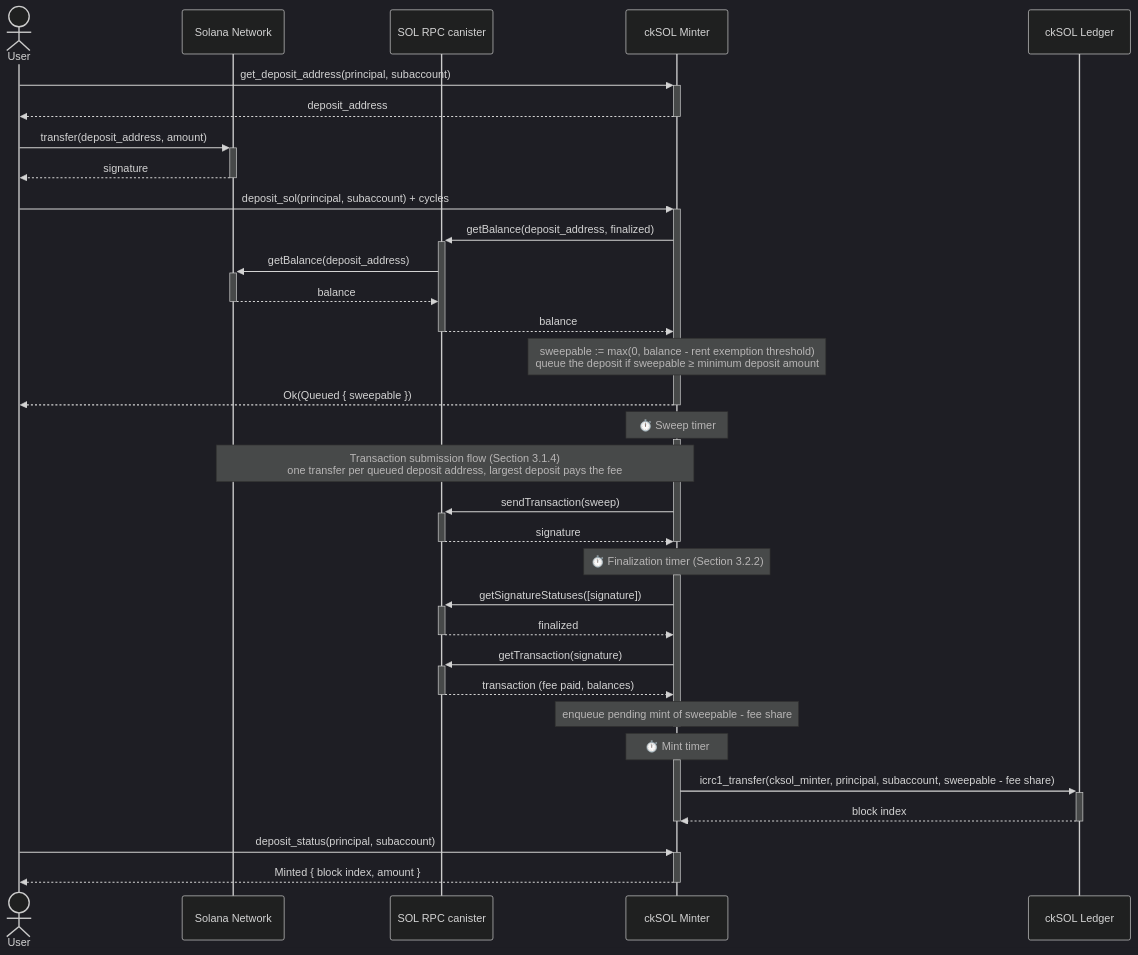
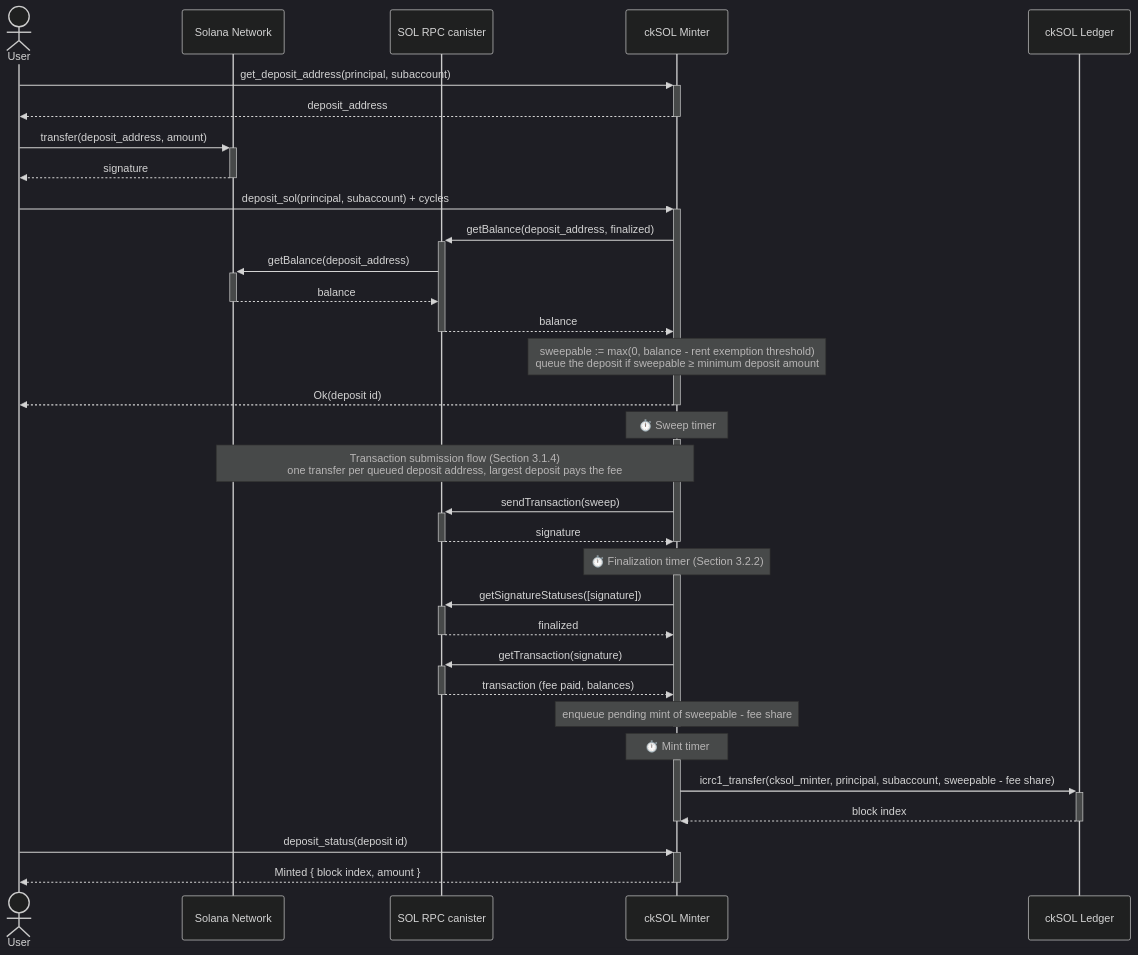
One commit to dfinity/cksol changed the third of 7 diagrams in docs/design.md. Above: the diagram before and after it, drawn with Mermaid (dark theme). The commit also changed other lines of this file, not shown here.

Commit message:
docs(design): identify balance deposits by an id returned by deposit_sol

````diff
--- a/docs/design.md
+++ b/docs/design.md
@@ -305,45 +305,45 @@
 ```mermaid
 sequenceDiagram
     actor User
     participant Solana as Solana Network
     participant RPC as SOL RPC canister
     participant Minter as ckSOL Minter
     participant Ledger as ckSOL Ledger
 
     User->>+Minter: get_deposit_address(principal, subaccount)
     Minter-->>-User: deposit_address
     User->>+Solana: transfer(deposit_address, amount)
     Solana-->>-User: signature
     User->>+Minter: deposit_sol(principal, subaccount) + cycles
     Minter->>+RPC: getBalance(deposit_address, finalized)
     RPC->>+Solana: getBalance(deposit_address)
     Solana-->>-RPC: balance
     RPC-->>-Minter: balance
     Note over Minter: sweepable := max(0, balance - rent exemption threshold)<br/>queue the deposit if sweepable ≥ minimum deposit amount
-    Minter-->>-User: Ok(Queued { sweepable })
+    Minter-->>-User: Ok(deposit id)
 
     Note over Minter: ⏱️ Sweep timer
     activate Minter
     Note over Solana,Minter: Transaction submission flow (Section 3.1.4)<br/>one transfer per queued deposit address, largest deposit pays the fee
     Minter->>+RPC: sendTransaction(sweep)
     RPC-->>-Minter: signature
     deactivate Minter
 
     Note over Minter: ⏱️ Finalization timer (Section 3.2.2)
     activate Minter
     Minter->>+RPC: getSignatureStatuses([signature])
     RPC-->>-Minter: finalized
     Minter->>+RPC: getTransaction(signature)
     RPC-->>-Minter: transaction (fee paid, balances)
     Note over Minter: enqueue pending mint of sweepable - fee share
     deactivate Minter
 
     Note over Minter: ⏱️ Mint timer
     activate Minter
     Minter->>+Ledger: icrc1_transfer(cksol_minter, principal, subaccount, sweepable - fee share)
     Ledger-->>-Minter: block index
     deactivate Minter
 
-    User->>+Minter: deposit_status(principal, subaccount)
+    User->>+Minter: deposit_status(deposit id)
     Minter-->>-User: Minted { block index, amount }
 ```
````
